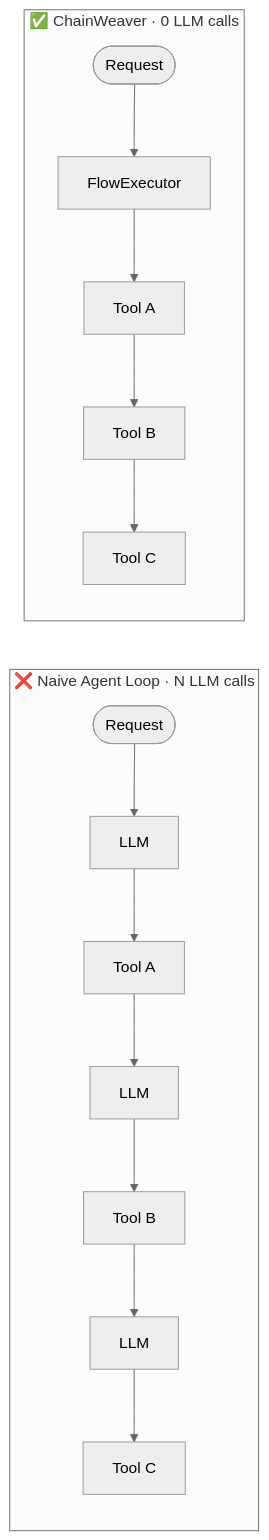
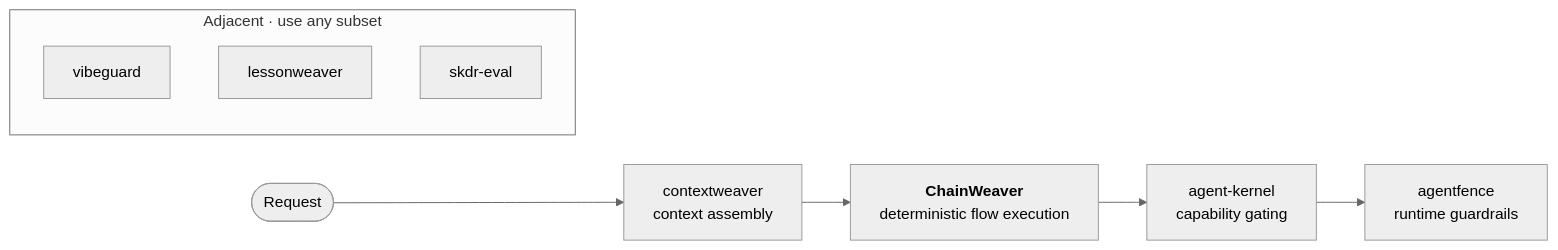
Before and after one commit to dgenio/ChainWeaver: the diagram in README.md, drawn with Mermaid (neutral theme). The commit also changed other lines of this file and 9 other files, not shown here.

````diff
--- a/README.md
+++ b/README.md
@@ -10,9 +247,12 @@
 ```mermaid
 flowchart LR
-    subgraph before ["❌ Naive Agent Loop · N LLM calls"]
-        R1([Request]) --> L1[LLM] --> T1[Tool A] --> L2[LLM] --> T2[Tool B] --> L3[LLM] --> T3[Tool C]
-    end
-    subgraph after ["✅ ChainWeaver · 0 LLM calls"]
-        R2([Request]) --> E[FlowExecutor] --> U1[Tool A] --> U2[Tool B] --> U3[Tool C]
+    req([Request]) --> ctx[contextweaver<br/>context assembly]
+    ctx --> cw[<b>ChainWeaver</b><br/>deterministic flow execution]
+    cw --> ak[agent-kernel<br/>capability gating]
+    ak --> af[agentfence<br/>runtime guardrails]
+    subgraph adjacent [Adjacent · use any subset]
+        vg[vibeguard]
+        lw[lessonweaver]
+        se[skdr-eval]
     end
 ```
````
